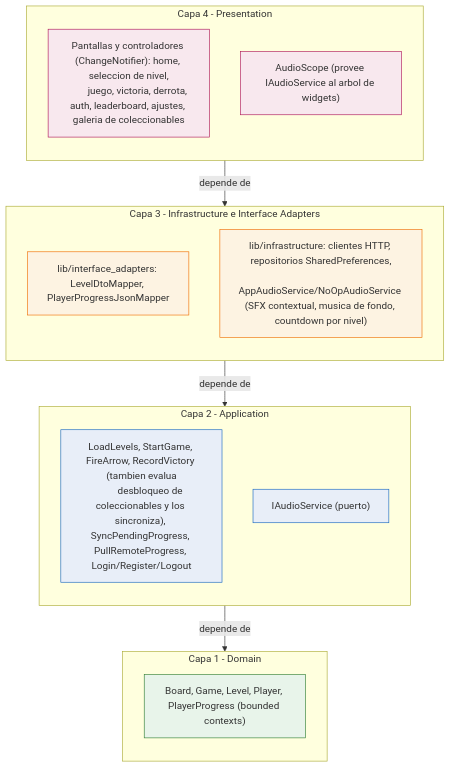
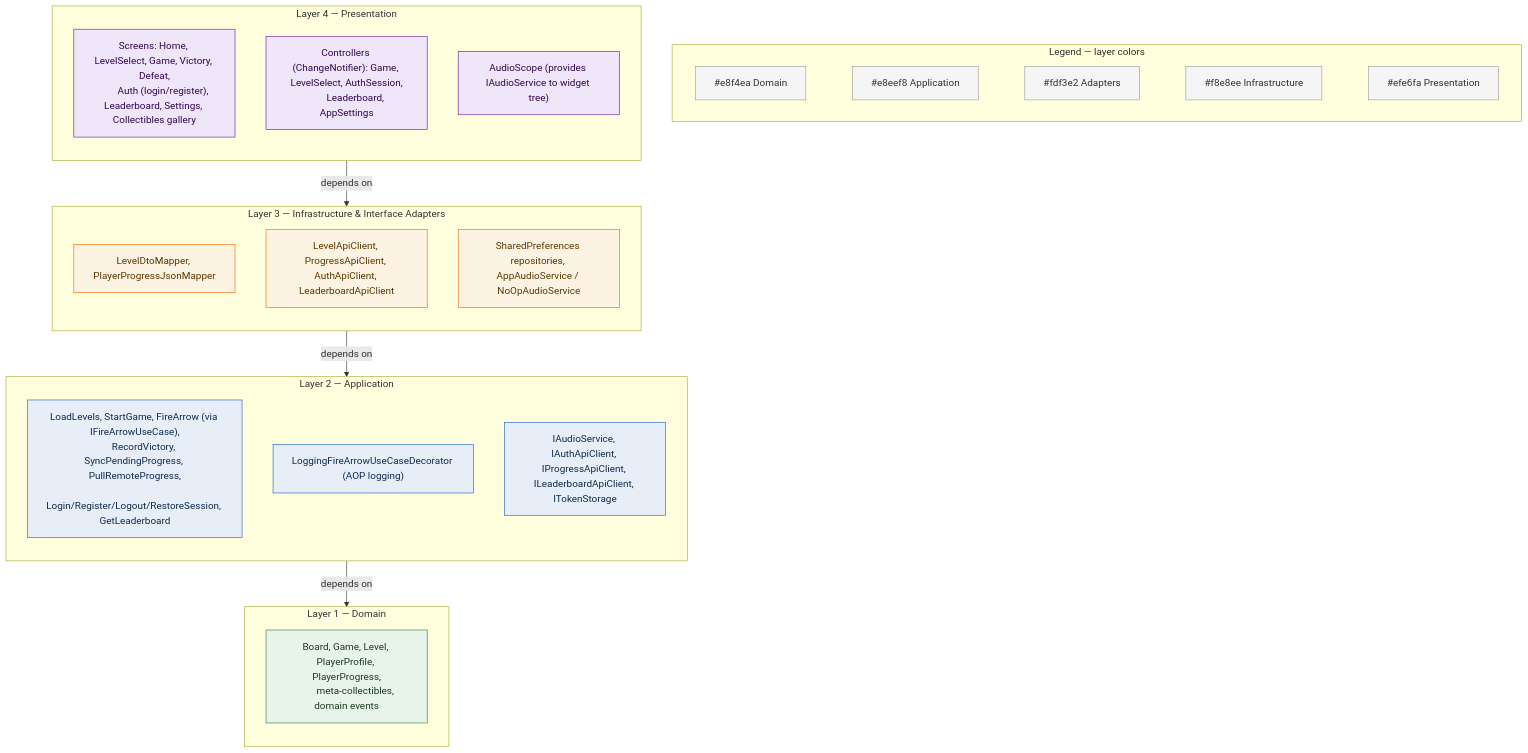
The diagram in docs/architecture/clean-architecture.mmd (Mianjoy/Arrow-Maze-Escape-Puzzle), drawn with Mermaid before and after one commit. The commit also changed 12 other files, not shown here.

First line of the commit message:
docs(readme): add app screenshots and refresh architecture diagrams

```diff
--- a/docs/architecture/clean-architecture.mmd
+++ b/docs/architecture/clean-architecture.mmd
@@ -1,39 +1,56 @@
 flowchart TB
-    %% Diagrama de capas - Clean Architecture (frontend Arrow Maze).
-    %% Las flechas van de afuera hacia adentro (las capas externas dependen
-    %% de las internas, nunca al reves) - Regla de Dependencia respetada.
-    subgraph L4["Capa 4 - Presentation"]
-        direction TB
-        UI["Pantallas y controladores (ChangeNotifier): home, seleccion de nivel,
-        juego, victoria, derrota, auth, leaderboard, ajustes, galeria de coleccionables"]
-        AudioScope["AudioScope (provee IAudioService al arbol de widgets)"]
-    end
-    subgraph L3["Capa 3 - Infrastructure e Interface Adapters"]
-        direction TB
-        Adapters["lib/interface_adapters: LevelDtoMapper, PlayerProgressJsonMapper"]
-        Infra["lib/infrastructure: clientes HTTP, repositorios SharedPreferences,
-        AppAudioService/NoOpAudioService (SFX contextual, musica de fondo, countdown por nivel)"]
-    end
-    subgraph L2["Capa 2 - Application"]
-        direction TB
-        UseCases["LoadLevels, StartGame, FireArrow, RecordVictory (tambien evalua
-        desbloqueo de coleccionables y los sincroniza), SyncPendingProgress, PullRemoteProgress, Login/Register/Logout"]
-        AudioPort["IAudioService (puerto)"]
-    end
-    subgraph L1["Capa 1 - Domain"]
-        direction TB
-        Entities["Board, Game, Level, Player, PlayerProgress (bounded contexts)"]
+    %% Clean Architecture — frontend Arrow Maze.
+    %% Outer layers depend on inner layers only (dependency rule).
+
+    subgraph Legend["Legend — layer colors"]
+        direction LR
+        LgD["#e8f4ea Domain"] ~~~ LgA["#e8eef8 Application"] ~~~ LgAd["#fdf3e2 Adapters"] ~~~ LgI["#f8e8ee Infrastructure"] ~~~ LgP["#efe6fa Presentation"]
     end
 
-    L4 -->|depende de| L3
-    L3 -->|depende de| L2
-    L2 -->|depende de| L1
+    subgraph L4["Layer 4 — Presentation"]
+        direction TB
+        Screens["Screens: Home, LevelSelect, Game, Victory, Defeat,
+        Auth (login/register), Leaderboard, Settings, Collectibles gallery"]
+        Controllers["Controllers (ChangeNotifier): Game, LevelSelect, AuthSession,
+        Leaderboard, AppSettings"]
+        AudioScope["AudioScope (provides IAudioService to widget tree)"]
+    end
 
-    classDef domain fill:#e8f4ea,stroke:#2e7d32
-    classDef app fill:#e8eef8,stroke:#1565c0
-    classDef adapters fill:#fdf3e2,stroke:#ef6c00
-    classDef presentation fill:#f8e8ee,stroke:#ad1457
+    subgraph L3["Layer 3 — Infrastructure & Interface Adapters"]
+        direction TB
+        Adapters["LevelDtoMapper, PlayerProgressJsonMapper"]
+        HttpClients["LevelApiClient, ProgressApiClient, AuthApiClient, LeaderboardApiClient"]
+        LocalRepos["SharedPreferences repositories, AppAudioService / NoOpAudioService"]
+    end
+
+    subgraph L2["Layer 2 — Application"]
+        direction TB
+        UseCases["LoadLevels, StartGame, FireArrow (via IFireArrowUseCase),
+        RecordVictory, SyncPendingProgress, PullRemoteProgress,
+        Login/Register/Logout/RestoreSession, GetLeaderboard"]
+        AopDecorator["LoggingFireArrowUseCaseDecorator (AOP logging)"]
+        Ports["IAudioService, IAuthApiClient, IProgressApiClient, ILeaderboardApiClient, ITokenStorage"]
+    end
+
+    subgraph L1["Layer 1 — Domain"]
+        direction TB
+        Entities["Board, Game, Level, PlayerProfile, PlayerProgress,
+        meta-collectibles, domain events"]
+    end
+
+    L4 -->|depends on| L3
+    L3 -->|depends on| L2
+    L2 -->|depends on| L1
+
+    classDef domain fill:#e8f4ea,stroke:#2e7d32,color:#1b3a1e
+    classDef app fill:#e8eef8,stroke:#1565c0,color:#0d2a4d
+    classDef adapters fill:#fdf3e2,stroke:#ef6c00,color:#5c3600
+    classDef infra fill:#f8e8ee,stroke:#ad1457,color:#4d0d24
+    classDef presentation fill:#efe6fa,stroke:#6a1b9a,color:#33064d
+    classDef legend fill:#f5f5f5,stroke:#9e9e9e,color:#333
+
     class Entities domain
-    class UseCases,AudioPort app
-    class Adapters,Infra adapters
-    class UI,AudioScope presentation
+    class UseCases,AopDecorator,Ports app
+    class Adapters,HttpClients,LocalRepos adapters
+    class Screens,Controllers,AudioScope presentation
+    class LgD,LgA,LgAd,LgI,LgP legend
```
